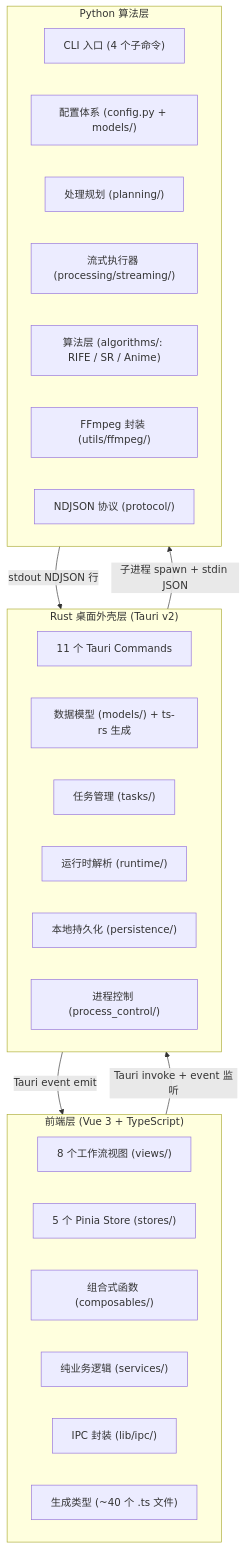
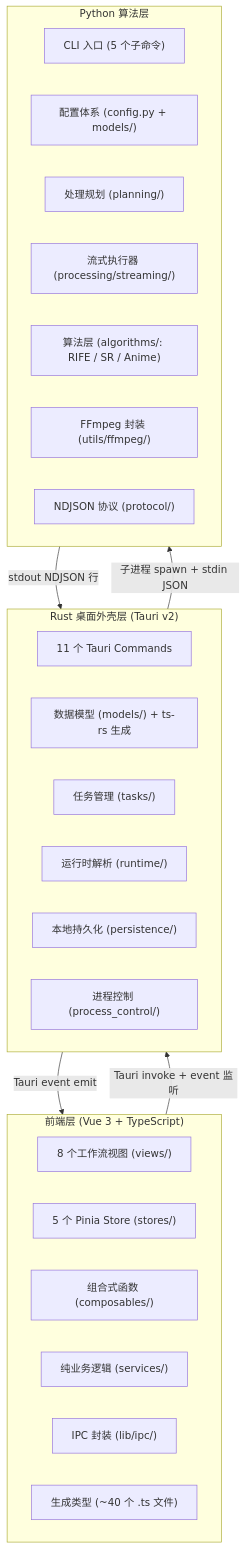
The first of 4 diagrams in docs/01-architecture-overview.md (youge325/vp), drawn with Mermaid before and after one commit. The commit also changed 18 other files, not shown here.

````diff
--- a/docs/01-architecture-overview.md
+++ b/docs/01-architecture-overview.md
@@ -25,35 +25,35 @@
 ```mermaid
 graph TB
     subgraph FE["前端层 (Vue 3 + TypeScript)"]
         F1["8 个工作流视图 (views/)"]
         F2["5 个 Pinia Store (stores/)"]
         F3["组合式函数 (composables/)"]
         F4["纯业务逻辑 (services/)"]
         F5["IPC 封装 (lib/ipc/)"]
         F6["生成类型 (~40 个 .ts 文件)"]
     end
 
     subgraph RS["Rust 桌面外壳层 (Tauri v2)"]
         R1["11 个 Tauri Commands"]
         R2["数据模型 (models/) + ts-rs 生成"]
         R3["任务管理 (tasks/)"]
         R4["运行时解析 (runtime/)"]
         R5["本地持久化 (persistence/)"]
         R6["进程控制 (process_control/)"]
     end
 
     subgraph PY["Python 算法层"]
-        P1["CLI 入口 (4 个子命令)"]
+        P1["CLI 入口 (5 个子命令)"]
         P2["配置体系 (config.py + models/)"]
         P3["处理规划 (planning/)"]
         P4["流式执行器 (processing/streaming/)"]
         P5["算法层 (algorithms/: RIFE / SR / Anime)"]
         P6["FFmpeg 封装 (utils/ffmpeg/)"]
         P7["NDJSON 协议 (protocol/)"]
     end
 
     FE -- "Tauri invoke + event 监听" --> RS
     RS -- "子进程 spawn + stdin JSON" --> PY
     PY -- "stdout NDJSON 行" --> RS
     RS -- "Tauri event emit" --> FE
 ```
````
